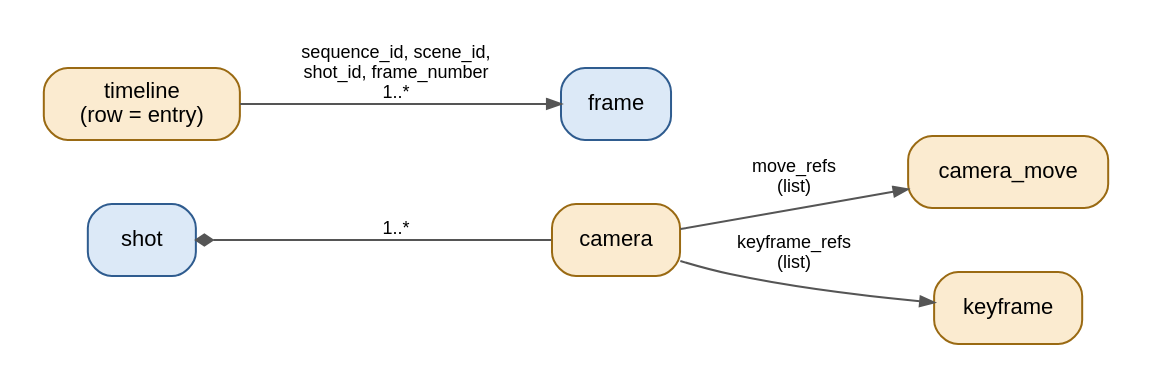
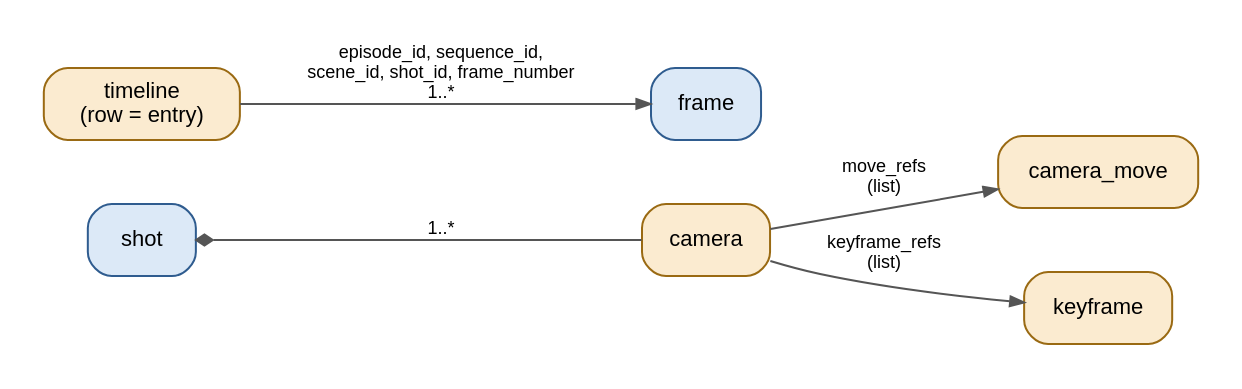
The diagram in doc/generator/diagrams/camera.dot (magic-lantern-workbench/mlw-platform), drawn with Graphviz before and after one commit. The commit also changed 21 other files, not shown here.

```diff
--- a/doc/generator/diagrams/camera.dot
+++ b/doc/generator/diagrams/camera.dot
@@ -1,12 +1,12 @@
 digraph G { graph [rankdir=LR, fontname="Helvetica", nodesep=0.45, ranksep=0.7, pad=0.2]; node [shape=box, style="rounded,filled", fontname="Helvetica", fontsize=11, margin="0.15,0.08"]; edge [fontname="Helvetica", fontsize=9, color="#555555", arrowsize=0.7];
  shot [label="shot", fillcolor="#DCE9F7", color="#2F5C8F"]
  camera [label="camera", fillcolor="#FBEBD0", color="#9A6A13"]
  camera_move [label="camera_move", fillcolor="#FBEBD0", color="#9A6A13"]
  keyframe [label="keyframe", fillcolor="#FBEBD0", color="#9A6A13"]
  timeline [label="timeline\n(row = entry)", fillcolor="#FBEBD0", color="#9A6A13"]
  frame [label="frame", fillcolor="#DCE9F7", color="#2F5C8F"]
  shot -> camera [label="1..*", dir=back, arrowtail=diamond, arrowhead=none]
  camera -> camera_move [label="move_refs\n(list)"]
  camera -> keyframe [label="keyframe_refs\n(list)"]
- timeline -> frame [label="sequence_id, scene_id,\nshot_id, frame_number\n1..*"]
+ timeline -> frame [label="episode_id, sequence_id,\nscene_id, shot_id, frame_number\n1..*"]
 }
```
